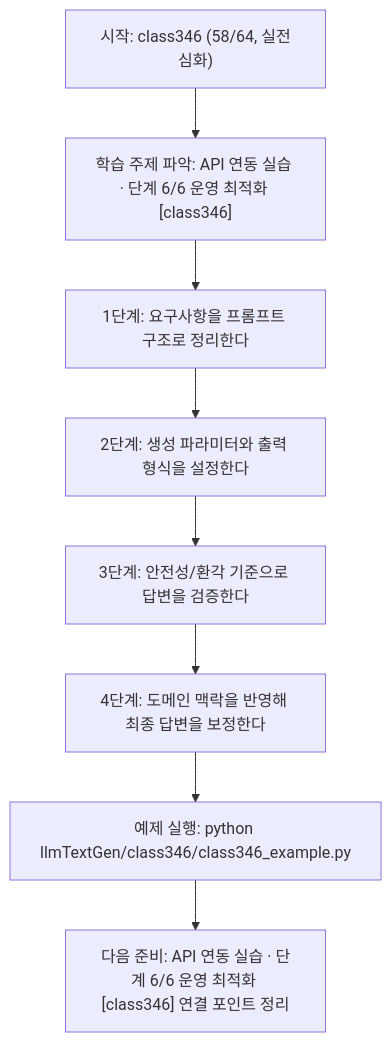
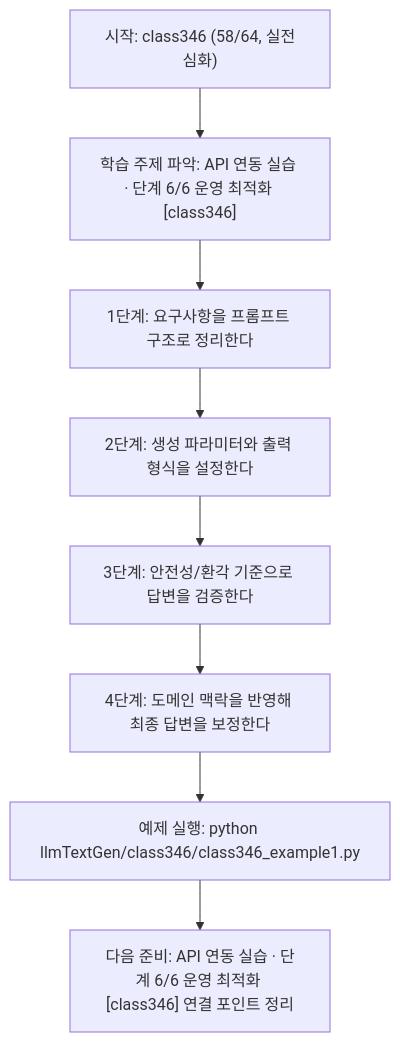
One commit to edumgt/Python-AI_Agent-Class changed the diagram in llmTextGen/class346/class346.md. Above: the diagram before and after it, drawn with Mermaid. The commit also changed other lines of this file and 2959 other files, not shown here.

````diff
--- a/llmTextGen/class346/class346.md
+++ b/llmTextGen/class346/class346.md
@@ -114,18 +114,18 @@
 ```mermaid
 flowchart TD
 N1["시작: class346 (58/64, 실전심화)"]
 N2["학습 주제 파악: API 연동 실습 · 단계 6/6 운영 최적화 [class346]"]
 N3["1단계: 요구사항을 프롬프트 구조로 정리한다"]
 N4["2단계: 생성 파라미터와 출력 형식을 설정한다"]
 N5["3단계: 안전성/환각 기준으로 답변을 검증한다"]
 N6["4단계: 도메인 맥락을 반영해 최종 답변을 보정한다"]
-N7["예제 실행: python llmTextGen/class346/class346_example.py"]
+N7["예제 실행: python llmTextGen/class346/class346_example1.py"]
 N8["다음 준비: API 연동 실습 · 단계 6/6 운영 최적화 [class346] 연결 포인트 정리"]
 N1 --> N2
 N2 --> N3
 N3 --> N4
 N4 --> N5
 N5 --> N6
 N6 --> N7
 N7 --> N8
 ```
````
